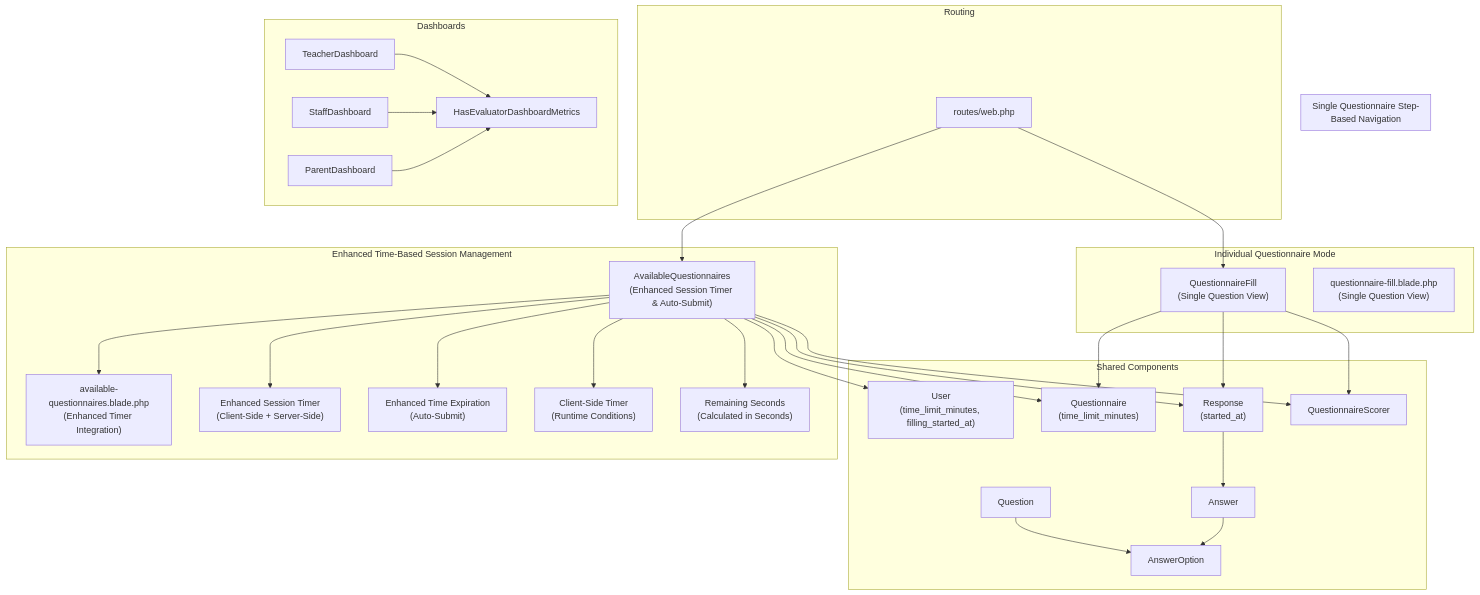
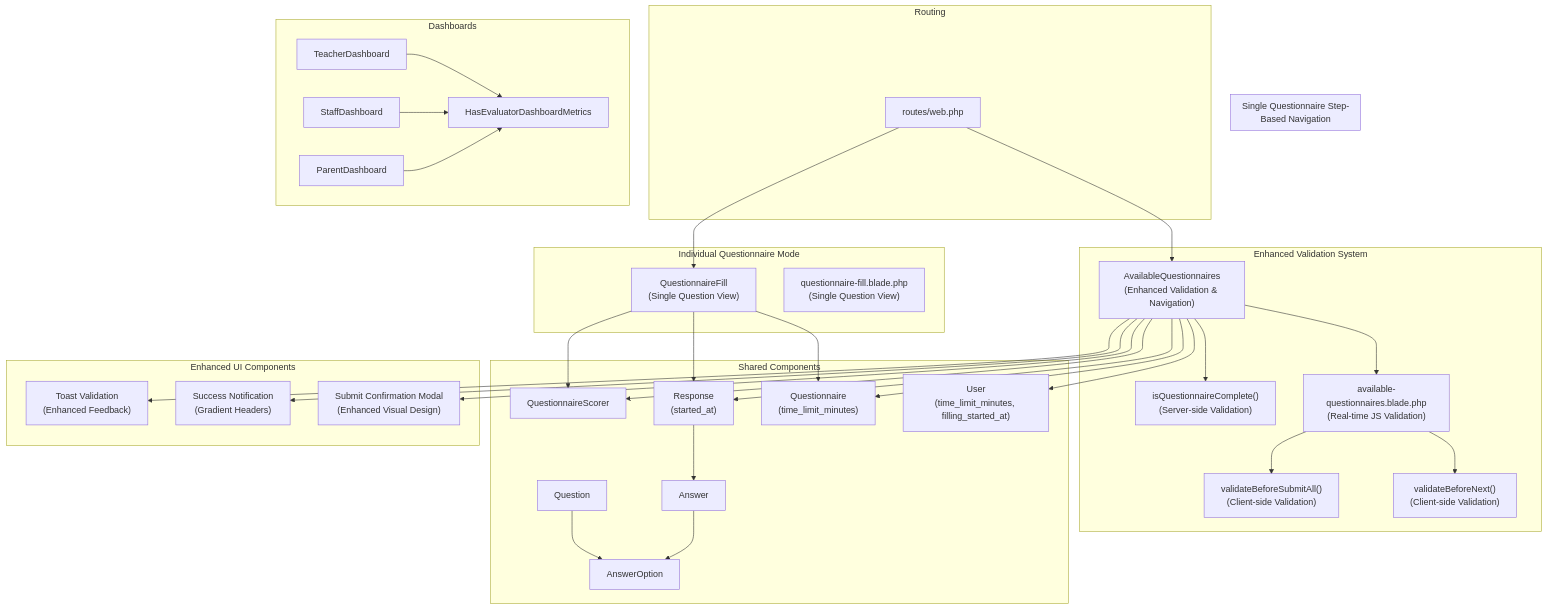
One commit to rudicatsmile/assesment360 changed the first of 9 diagrams in .qoder/repowiki/en/content/Core Features/Evaluation Workflows/Questionnaire Filling Interface.md. Above: the diagram before and after it, drawn with Mermaid. The commit also changed other lines of this file and 5 other files, not shown here.

````diff
--- a/.qoder/repowiki/en/content/Core Features/Evaluation Workflows/Questionnaire Filling Interface.md
+++ b/.qoder/repowiki/en/content/Core Features/Evaluation Workflows/Questionnaire Filling Interface.md
@@ -61,55 +60,61 @@
 ```mermaid
 graph TB
-subgraph "Enhanced Time-Based Session Management"
-AQ["AvailableQuestionnaires<br/>(Enhanced Session Timer & Auto-Submit)"]
-AQV["available-questionnaires.blade.php<br/>(Enhanced Timer Integration)"]
-ST["Enhanced Session Timer<br/>(Client-Side + Server-Side)"]
-TE["Enhanced Time Expiration<br/>(Auto-Submit)"]
-CS["Client-Side Timer<br/>(Runtime Conditions)"]
-RS["Remaining Seconds<br/>(Calculated in Seconds)"]
+subgraph "Enhanced Validation System"
+AQ["AvailableQuestionnaires<br/>(Enhanced Validation & Navigation)"]
+AQV["available-questionnaires.blade.php<br/>(Real-time JS Validation)"]
+ICQ["isQuestionnaireComplete()<br/>(Server-side Validation)"]
+VBE["validateBeforeNext()<br/>(Client-side Validation)"]
+VBA["validateBeforeSubmitAll()<br/>(Client-side Validation)"]
 end
 subgraph "Single Questionnaire Step-Based Navigation"
 AQ --> AQV
-AQ --> ST
-AQ --> TE
-AQ --> CS
-AQ --> RS
+AQ --> ICQ
+AQV --> VBE
+AQV --> VBA
 end
 subgraph "Individual Questionnaire Mode"
 WF["QuestionnaireFill<br/>(Single Question View)"]
 QF["questionnaire-fill.blade.php<br/>(Single Question View)"]
 end
 subgraph "Shared Components"
 QN["Questionnaire<br/>(time_limit_minutes)"]
 QT["Question"]
 AO["AnswerOption"]
 RP["Response<br/>(started_at)"]
 AN["Answer"]
 US["User<br/>(time_limit_minutes, filling_started_at)"]
 SC["QuestionnaireScorer"]
+end
+subgraph "Enhanced UI Components"
+SCM["Submit Confirmation Modal<br/>(Enhanced Visual Design)"]
+SN["Success Notification<br/>(Gradient Headers)"]
+TV["Toast Validation<br/>(Enhanced Feedback)"]
 end
 subgraph "Routing"
 RT["routes/web.php"]
 end
 subgraph "Dashboards"
 TD["TeacherDashboard"]
 SD["StaffDashboard"]
 PD["ParentDashboard"]
 METRICS["HasEvaluatorDashboardMetrics"]
 end
 AQ --> US
 AQ --> QN
 WF --> QN
 AQ --> RP
 WF --> RP
 RP --> AN
 QT --> AO
 AN --> AO
 AQ --> SC
 WF --> SC
+AQ --> SCM
+AQ --> SN
+AQ --> TV
 RT --> AQ
 RT --> WF
 TD --> METRICS
 SD --> METRICS
 PD --> METRICS
 ```
````
